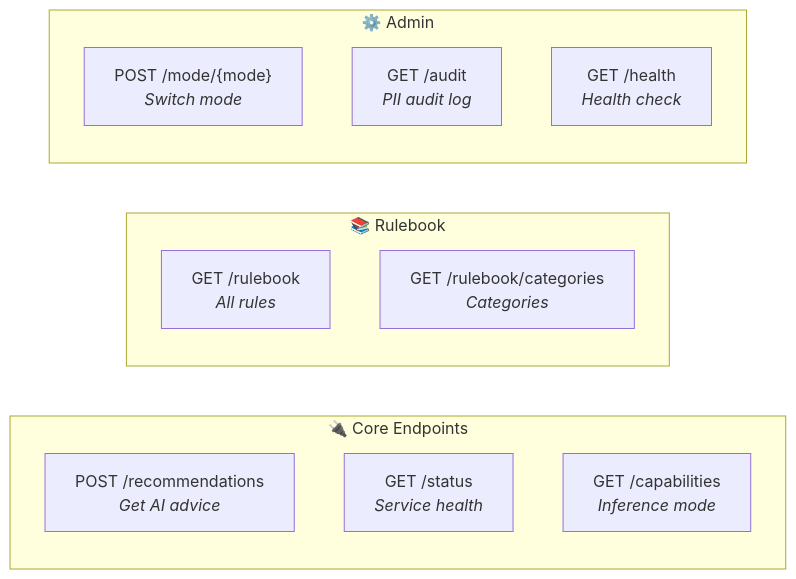
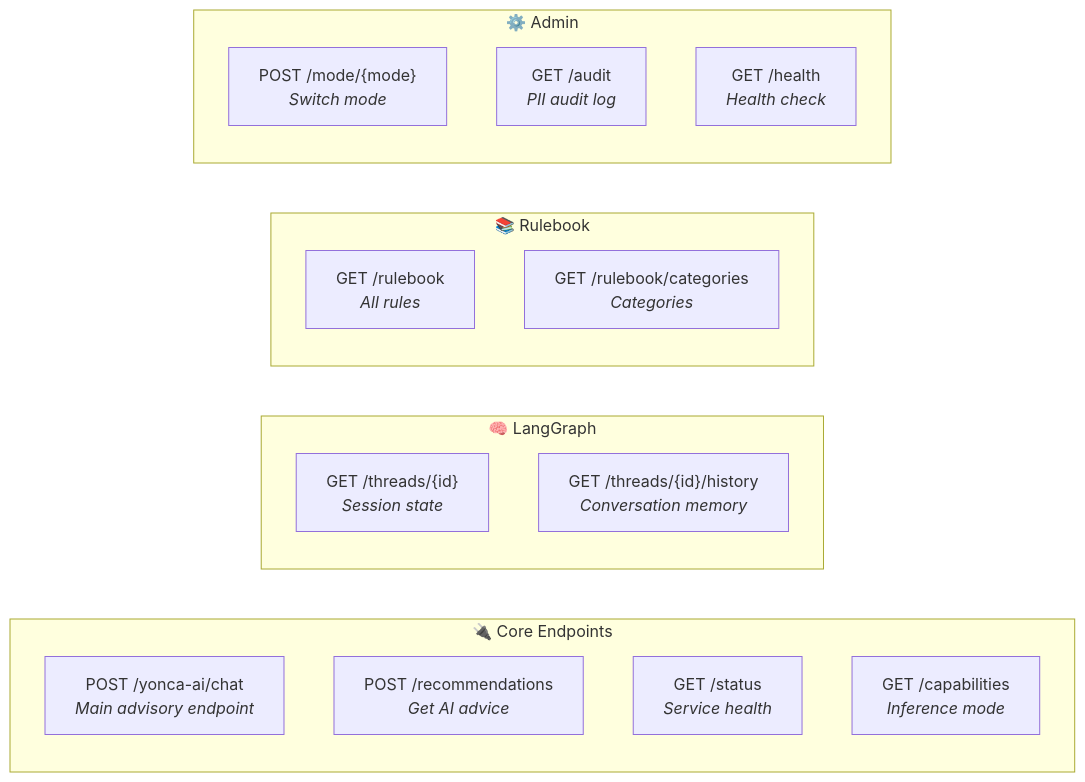
Diagram 16 of 19 in docs/zekalab/03-ARCHITECTURE.md (Px8Studio/yonja), drawn with Mermaid before and after one commit. The commit also changed other lines of this file, not shown here.

Commit message:
Enhance architecture documentation for Yonca AI, detailing LangGraph integration, request flow, and safety mechanisms

````diff
--- a/docs/zekalab/03-ARCHITECTURE.md
+++ b/docs/zekalab/03-ARCHITECTURE.md
@@ -405,19 +628,25 @@
 ```mermaid
 graph LR
     subgraph core["🔌 Core Endpoints"]
+        chat["POST /yonca-ai/chat<br/><i>Main advisory endpoint</i>"]
         rec["POST /recommendations<br/><i>Get AI advice</i>"]
         status["GET /status<br/><i>Service health</i>"]
         caps["GET /capabilities<br/><i>Inference mode</i>"]
+    end
+    
+    subgraph graph_ep["🧠 LangGraph"]
+        threads["GET /threads/{id}<br/><i>Session state</i>"]
+        history["GET /threads/{id}/history<br/><i>Conversation memory</i>"]
     end
     
     subgraph rules_ep["📚 Rulebook"]
         rulebook["GET /rulebook<br/><i>All rules</i>"]
         cats["GET /rulebook/categories<br/><i>Categories</i>"]
     end
     
     subgraph admin["⚙️ Admin"]
         mode["POST /mode/{mode}<br/><i>Switch mode</i>"]
         audit["GET /audit<br/><i>PII audit log</i>"]
         health["GET /health<br/><i>Health check</i>"]
     end
 ```
````
